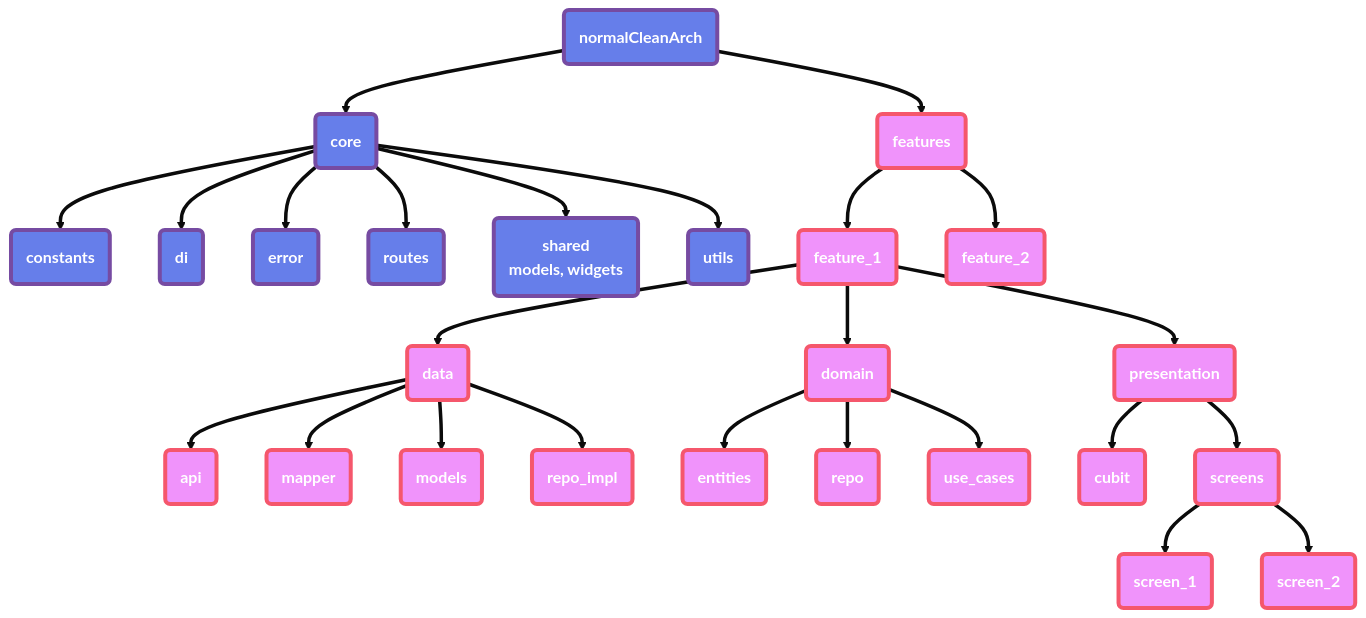
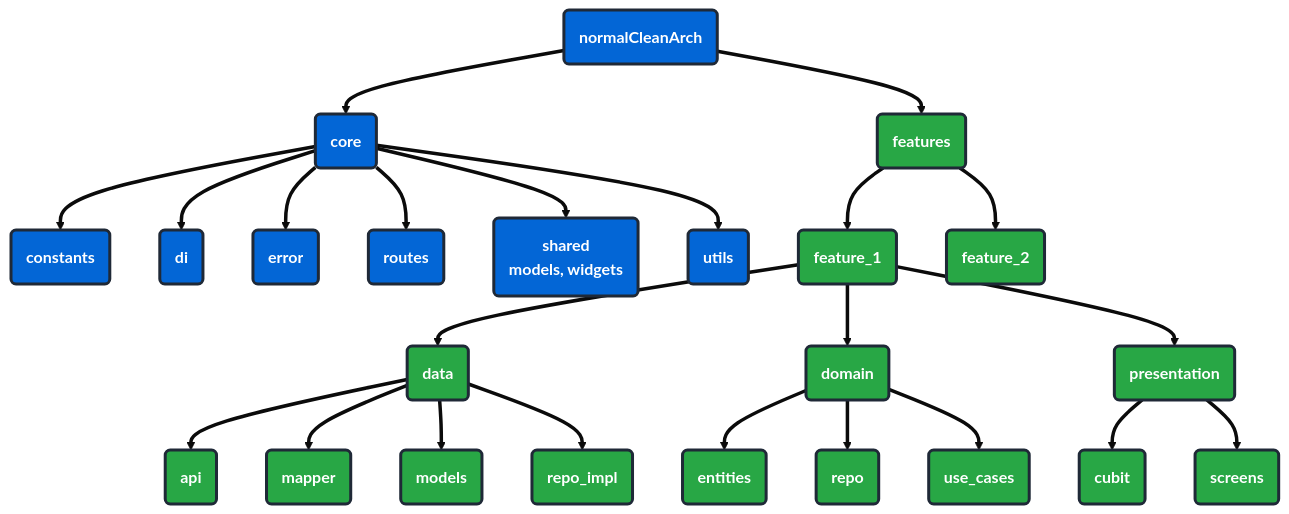
Before and after one commit to Mahm0udbakir/clean_arch: the diagram in README.md, drawn with Mermaid (base theme). The commit also changed other lines of this file, not shown here.

Commit message:
Refactor README.md architecture diagram by removing redundant screen connections and updating class definition colors for improved visual clarity and consistency.

````diff
--- a/README.md
+++ b/README.md
@@ -56,36 +56,34 @@
 ```mermaid
 graph TD
     A(normalCleanArch) ==> B(core)
     A ==> C(features)
 
     B ==> B1(constants)
     B ==> B2(di)
     B ==> B3(error)
     B ==> B4(routes)
     B ==> B5("shared<br/>models, widgets")
     B ==> B6(utils)
 
     C ==> C1(feature_1)
     C1 ==> C1a(data)
     C1a ==> C1a1(api)
     C1a ==> C1a2(mapper)
     C1a ==> C1a3(models)
     C1a ==> C1a4(repo_impl)
     C1 ==> C1b(domain)
     C1b ==> C1b1(entities)
     C1b ==> C1b2(repo)
     C1b ==> C1b3(use_cases)
     C1 ==> C1c(presentation)
     C1c ==> C1c1(cubit)
     C1c ==> C1c2(screens)
-    C1c2 ==> C1c2a(screen_1)
-    C1c2 ==> C1c2b(screen_2)
-
+    
     C ==> C2(feature_2)
 
-    classDef core fill:#667eea,stroke:#764ba2,stroke-width:4px,color:#ffffff,font-weight:bold;
-    classDef features fill:#f093fb,stroke:#f5576c,stroke-width:4px,color:#ffffff,font-weight:bold;
-    classDef lib fill:#4facfe,stroke:#00f2fe,stroke-width:4px,color:#ffffff,font-weight:bold;
+    classDef core fill:#0366d6,stroke:#1f2937,stroke-width:3px,color:#ffffff,font-weight:bold;
+    classDef features fill:#28a745,stroke:#1f2937,stroke-width:3px,color:#ffffff,font-weight:bold;
+    classDef lib fill:#6f42c1,stroke:#1f2937,stroke-width:3px,color:#ffffff,font-weight:bold;
     class A,B,B1,B2,B3,B4,B5,B6 core;
     class C,C1,C1a,C1a1,C1a2,C1a3,C1a4,C1b,C1b1,C1b2,C1b3,C1c,C1c1,C1c2,C1c2a,C1c2b,C2 features;
 ```
````
